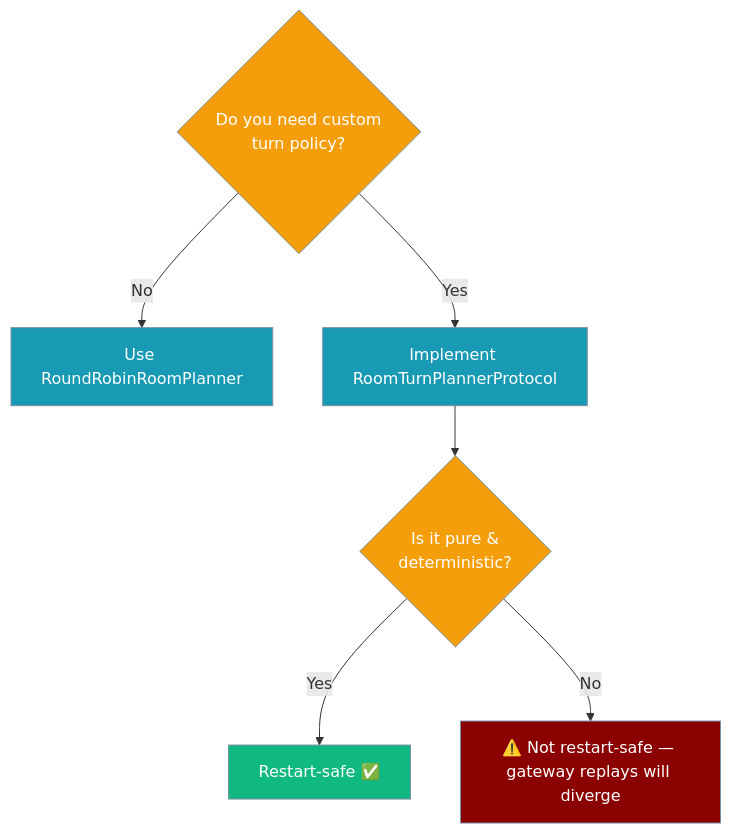
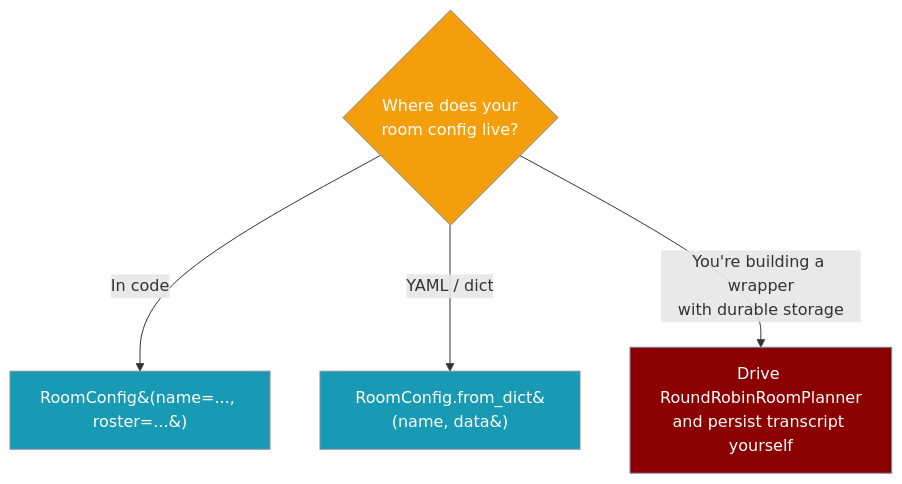
One commit to MervinPraison/PraisonAIDocs changed the third of 3 diagrams in docs/features/conversation-rooms.mdx. Above: the diagram before and after it, drawn with Mermaid. The commit also changed other lines of this file, not shown here.

Commit message:
docs: update conversation-rooms.mdx for Room + RoomConfig runtime (fixes #4273)

````diff
--- a/docs/features/conversation-rooms.mdx
+++ b/docs/features/conversation-rooms.mdx
@@ -204,18 +165,14 @@
 ```mermaid
 graph TB
-    Q{Do you need custom<br/>turn policy?} -->|No| RR[Use RoundRobinRoomPlanner]
-    Q -->|Yes| Custom[Implement RoomTurnPlannerProtocol]
-    Custom --> Pure{Is it pure &<br/>deterministic?}
-    Pure -->|Yes| OK[Restart-safe ✅]
-    Pure -->|No| Warn[⚠️ Not restart-safe — gateway replays will diverge]
+    Q{Where does your<br/>room config live?} -->|In code| Direct[RoomConfig&#40;name=..., roster=...&#41;]
+    Q -->|YAML / dict| FromDict[RoomConfig.from_dict&#40;name, data&#41;]
+    Q -->|You're building a wrapper<br/>with durable storage| Raw[Drive RoundRobinRoomPlanner<br/>and persist transcript yourself]
 
     classDef q fill:#F59E0B,stroke:#7C90A0,color:#fff
-    classDef ok fill:#10B981,stroke:#7C90A0,color:#fff
-    classDef warn fill:#8B0000,stroke:#7C90A0,color:#fff
-    classDef step fill:#189AB4,stroke:#7C90A0,color:#fff
+    classDef code fill:#189AB4,stroke:#7C90A0,color:#fff
+    classDef advanced fill:#8B0000,stroke:#7C90A0,color:#fff
 
-    class Q,Pure q
-    class RR,Custom step
-    class OK ok
-    class Warn warn
+    class Q q
+    class Direct,FromDict code
+    class Raw advanced
 ```
````
